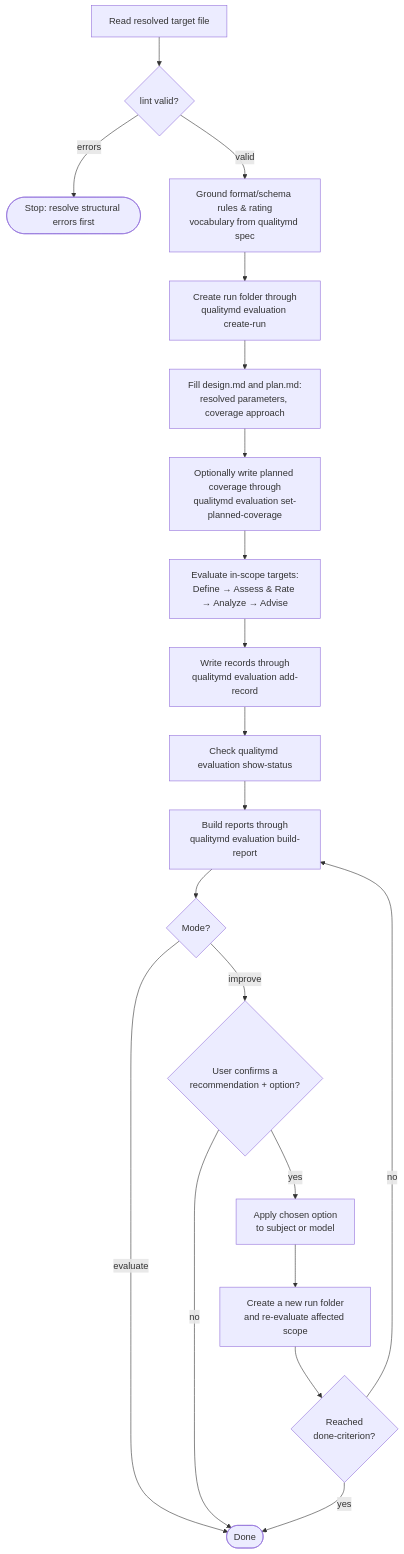
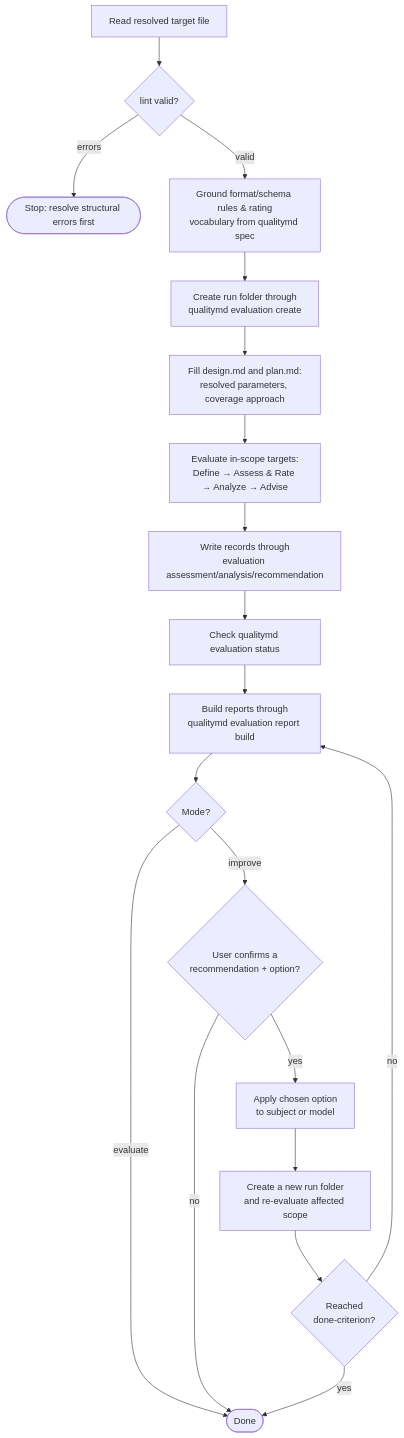
One commit to qualitymd/quality.md changed the diagram in specs/skills/quality-skill/quality-skill.md. Above: the diagram before and after it, drawn with Mermaid. The commit also changed other lines of this file and 43 other files, not shown here.

````diff
--- a/specs/skills/quality-skill/quality-skill.md
+++ b/specs/skills/quality-skill/quality-skill.md
@@ -496,22 +497,21 @@
 ```mermaid
 flowchart TD
     Read[Read resolved target file] --> Lint{lint valid?}
     Lint -->|errors| Stop([Stop: resolve structural errors first])
     Lint -->|valid| Ground[Ground format/schema rules &amp; rating<br/>vocabulary from qualitymd spec]
-    Ground --> Run[Create run folder through<br/>qualitymd evaluation create-run]
+    Ground --> Run[Create run folder through<br/>qualitymd evaluation create]
     Run --> Plan[Fill design.md and plan.md:<br/>resolved parameters, coverage approach]
-    Plan --> Coverage[Optionally write planned coverage through<br/>qualitymd evaluation set-planned-coverage]
-    Coverage --> Eval[Evaluate in-scope targets:<br/>Define → Assess &amp; Rate → Analyze → Advise]
-    Eval --> Records[Write records through<br/>qualitymd evaluation add-record]
-    Records --> Status[Check qualitymd evaluation show-status]
-    Status --> Report[Build reports through<br/>qualitymd evaluation build-report]
+    Plan --> Eval[Evaluate in-scope targets:<br/>Define → Assess &amp; Rate → Analyze → Advise]
+    Eval --> Records[Write records through<br/>evaluation assessment/analysis/recommendation]
+    Records --> Status[Check qualitymd evaluation status]
+    Status --> Report[Build reports through<br/>qualitymd evaluation report build]
     Report --> Mode{Mode?}
     Mode -->|evaluate| Done([Done])
     Mode -->|improve| Confirm{User confirms a<br/>recommendation + option?}
     Confirm -->|no| Done
     Confirm -->|yes| Apply[Apply chosen option<br/>to subject or model]
     Apply --> ReEval[Create a new run folder<br/>and re-evaluate affected scope]
     ReEval --> Criterion{Reached<br/>done-criterion?}
     Criterion -->|yes| Done
     Criterion -->|no| Report
 ```
````
